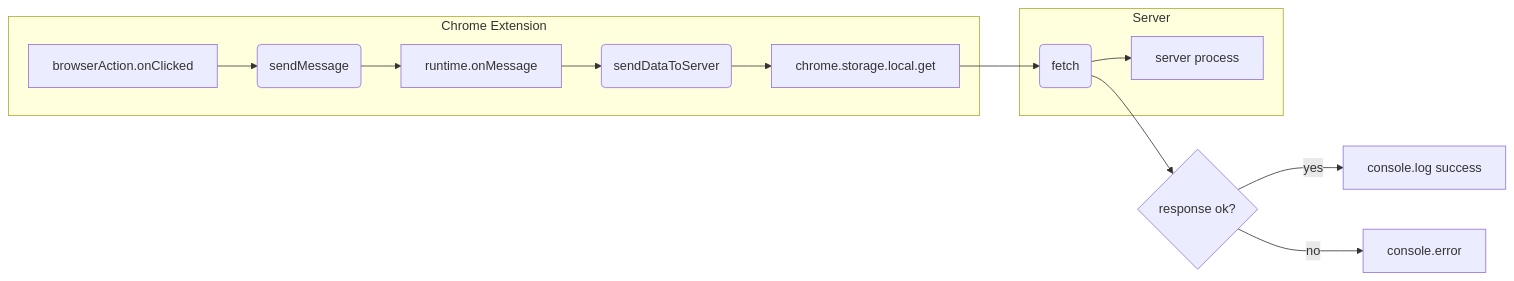
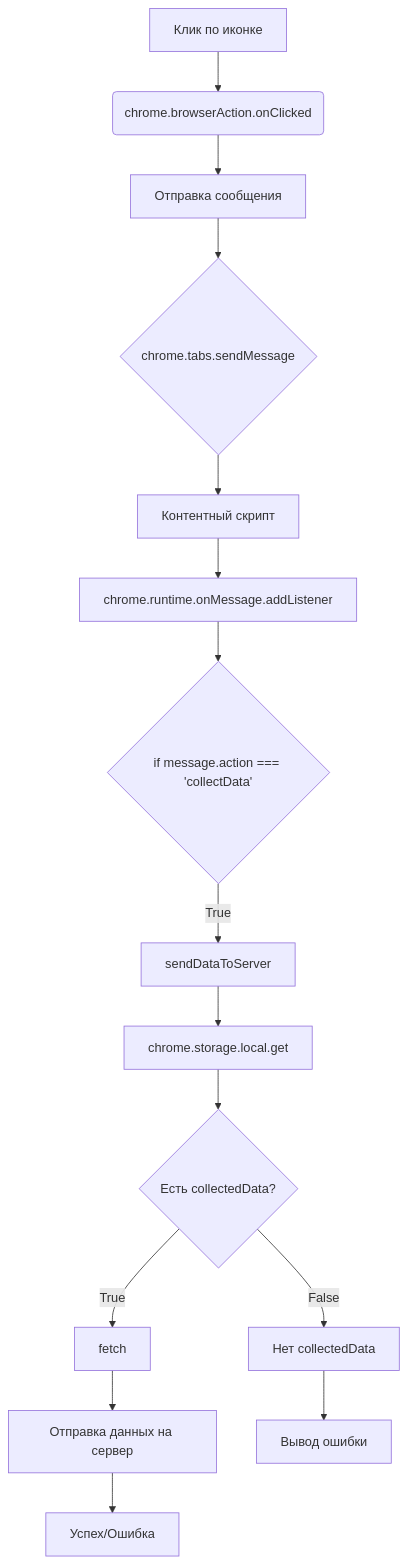
One commit to hypo69/hypo changed the diagram in docs/gemini/ru/explainer/src/webdriver/edge/extentions/test_extention/background.md. Above: the diagram before and after it, drawn with Mermaid. The commit also changed other lines of this file and 311 other files, not shown here.

````diff
--- a/docs/gemini/ru/explainer/src/webdriver/edge/extentions/test_extention/background.md
+++ b/docs/gemini/ru/explainer/src/webdriver/edge/extentions/test_extention/background.md
@@ -84,16 +89,17 @@
 ```mermaid
-graph LR
-    subgraph Chrome Extension
-        A[browserAction.onClicked] --> B(sendMessage);
-        B --> C[runtime.onMessage];
-        C --> D(sendDataToServer);
-        D --> E[chrome.storage.local.get];
-    end
-    E --> F(fetch);
-    F --> G{response ok?};
-    G -- yes --> H[console.log success];
-    G -- no --> I[console.error];
-    subgraph Server
-        F --> J[server process];
-    end
+graph TD
+    A[Клик по иконке] --> B(chrome.browserAction.onClicked);
+    B --> C[Отправка сообщения];
+    C --> D{chrome.tabs.sendMessage};
+    D --> E[Контентный скрипт];
+    E --> F[chrome.runtime.onMessage.addListener];
+    F --> G{if message.action === 'collectData'};
+    G -- True --> H[sendDataToServer];
+    H --> I[chrome.storage.local.get];
+    I --> J{Есть collectedData?};
+    J -- True --> K[fetch];
+    K --> L[Отправка данных на сервер];
+    L --> M[Успех/Ошибка];
+    J -- False --> N[Нет collectedData];
+    N --> O[Вывод ошибки];
 ```
````
